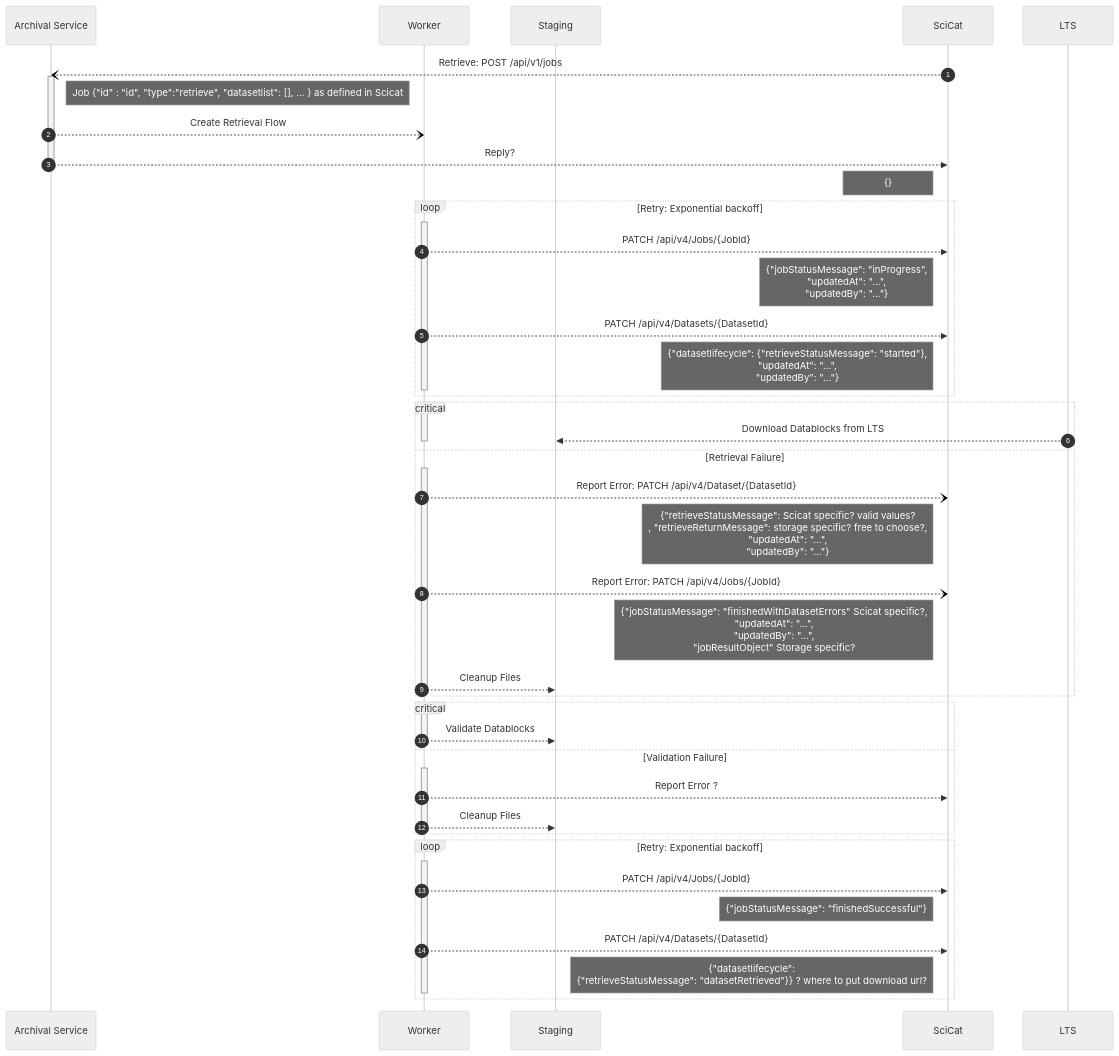
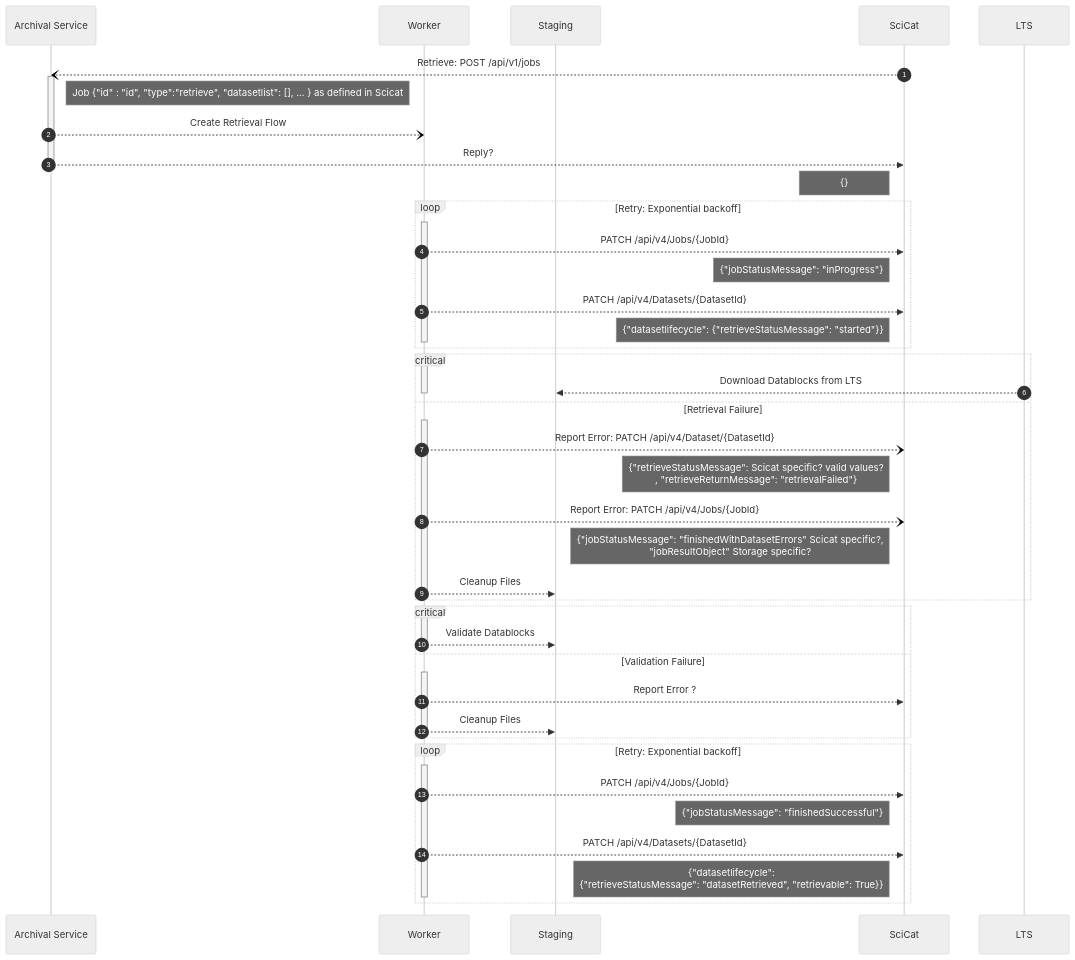
One commit to SwissOpenEM/ScopeMArchiver changed the third of 4 diagrams in docs/flows.md. Above: the diagram before and after it, drawn with Mermaid (neutral theme). The commit also changed other lines of this file and 3 other files, not shown here.

````diff
--- a/docs/flows.md
+++ b/docs/flows.md
@@ -185,57 +185,57 @@
 ```mermaid
 sequenceDiagram
   autonumber
   participant AS as Archival Service
   participant J as Worker
   participant R as Staging
   participant S as SciCat
   participant LTS as LTS
 
   S --) AS: Retrieve: POST /api/v1/jobs
   activate AS
   Note right of AS: Job {"id" : "id", "type":"retrieve", "datasetlist": [], ... } as defined in Scicat
   AS --) J: Create Retrieval Flow
   AS -->> S: Reply?
   deactivate AS 
   Note left of S: {}
   loop Retry: Exponential backoff
     activate J
       J -->> S: PATCH /api/v4/Jobs/{JobId}
-      Note left of S: {"jobStatusMessage": "inProgress",<br> "updatedAt": "...", <br> "updatedBy": "..."}  
+      Note left of S: {"jobStatusMessage": "inProgress"}  
       J -->> S: PATCH /api/v4/Datasets/{DatasetId}
-      Note left of S: {"datasetlifecycle": {"retrieveStatusMessage": "started"},<br> "updatedAt": "...", <br> "updatedBy": "..."}  
+      Note left of S: {"datasetlifecycle": {"retrieveStatusMessage": "started"}}  
     deactivate J
   end
   critical
     activate J
       LTS -->> R: Download Datablocks from LTS
     deactivate J
   option Retrieval Failure
     activate J
       J --) S: Report Error: PATCH /api/v4/Dataset/{DatasetId}
-          Note left of S: {"retrieveStatusMessage": Scicat specific? valid values?<br>, "retrieveReturnMessage": storage specific? free to choose?, <br> "updatedAt": "...", <br> "updatedBy": "..."}
+          Note left of S: {"retrieveStatusMessage": Scicat specific? valid values?<br>, "retrieveReturnMessage": "retrievalFailed"}
       J --) S: Report Error: PATCH /api/v4/Jobs/{JobId}
-         Note left of S: {"jobStatusMessage": "finishedWithDatasetErrors" Scicat specific?,<br>  "updatedAt": "...",<br>  "updatedBy": "...", <br> "jobResultObject" Storage specific?
+         Note left of S: {"jobStatusMessage": "finishedWithDatasetErrors" Scicat specific?, <br> "jobResultObject" Storage specific?
       J -->> R: Cleanup Files
     deactivate J
   end
   critical
     activate J
     J -->> R: Validate Datablocks
     deactivate J
   option Validation Failure
     activate J
       J -->> S: Report Error ?
       J -->> R: Cleanup Files
     deactivate J
   end
   loop Retry: Exponential backoff
     activate J
       J -->> S: PATCH /api/v4/Jobs/{JobId}
       Note left of S: {"jobStatusMessage": "finishedSuccessful"} 
       J -->> S: PATCH /api/v4/Datasets/{DatasetId}
-      Note left of S: {"datasetlifecycle":<br> {"retrieveStatusMessage": "datasetRetrieved"}} ? where to put download url? 
+      Note left of S: {"datasetlifecycle":<br> {"retrieveStatusMessage": "datasetRetrieved", "retrievable": True}} 
     deactivate J
   end 
 
 ```
````
